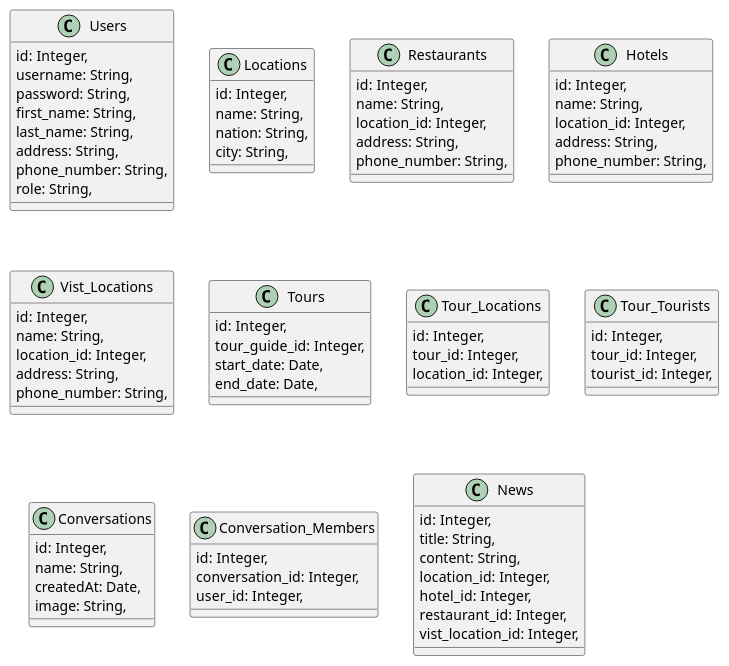
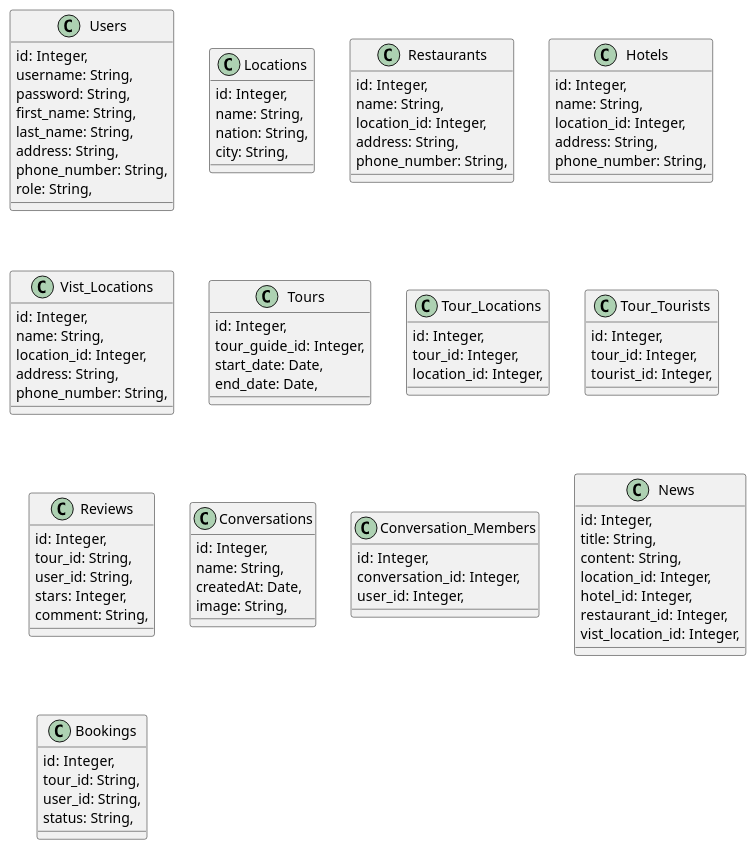
Before and after one commit to Khoitran0205/SE357-Pratice-class: the diagram in lab1.2/class_diagram.plantuml, drawn with PlantUML.

```diff
--- a/lab1.2/class_diagram.plantuml
+++ b/lab1.2/class_diagram.plantuml
@@ -1,87 +1,102 @@
 @startuml Lab1.2_class_diagram
 
 class Users {
     id: Integer,
     username: String,
     password: String,
     first_name: String,
     last_name: String,
     address: String,
     phone_number: String,
     role: String,
 }
 
 class Locations {
     id: Integer,
     name: String,
     nation: String,
     city: String,
 }
 
 class Restaurants {
     id: Integer,
     name: String,
     location_id: Integer,
     address: String,
     phone_number: String,
 }
 
 class Hotels {
     id: Integer,
     name: String,
     location_id: Integer,
     address: String,
     phone_number: String,
 }
 
 class Vist_Locations {
     id: Integer,
     name: String,
     location_id: Integer,
     address: String,
     phone_number: String,
 }
 
 class Tours {
     id: Integer,
     tour_guide_id: Integer,
     start_date: Date,
     end_date: Date,
 }
 
 class Tour_Locations {
     id: Integer,
     tour_id: Integer,
     location_id: Integer,
 }
 
 class Tour_Tourists {
     id: Integer,
     tour_id: Integer,
     tourist_id: Integer,
 }
 
+class Reviews {
+    id: Integer,
+    tour_id: String,
+    user_id: String,
+    stars: Integer,
+    comment: String,
+}
+
 class Conversations {
     id: Integer,
     name: String,
     createdAt: Date,
     image: String,
 }
 
 class Conversation_Members {
     id: Integer,
     conversation_id: Integer,
     user_id: Integer,
 }
 
 class News {
     id: Integer,
     title: String,
     content: String,
     location_id: Integer,
     hotel_id: Integer,
     restaurant_id: Integer,
     vist_location_id: Integer,
 }
 
+class Bookings {
+    id: Integer,
+    tour_id: String,
+    user_id: String,
+    status: String,
+}
+
 @enduml
```
